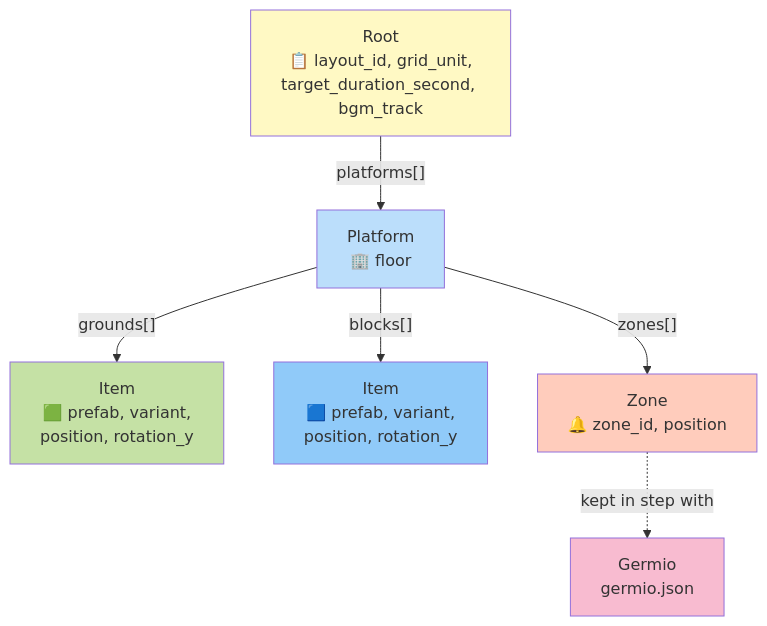
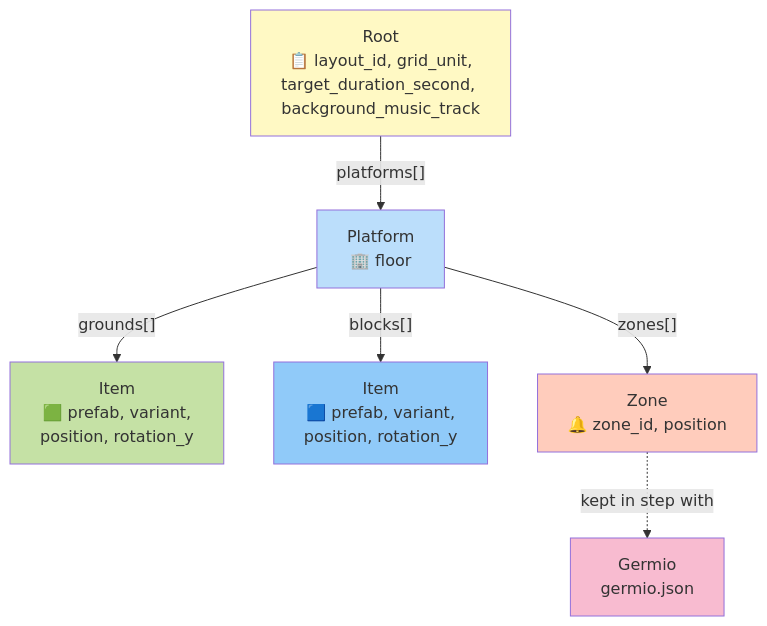
One commit to hiroxpepe/briko changed the seventh of 11 diagrams in README.md. Above: the diagram before and after it, drawn with Mermaid. The commit also changed other lines of this file and 5 other files, not shown here.

Commit message:
docs: Update background music key name and add test project

````diff
--- a/README.md
+++ b/README.md
@@ -286,17 +286,17 @@
 ```mermaid
 graph TB
-    Root[Root<br/>📋 layout_id, grid_unit,<br/>target_duration_second, bgm_track]
+    Root[Root<br/>📋 layout_id, grid_unit,<br/>target_duration_second, background_music_track]
     Root -->|"platforms[]"| P[Platform<br/>🏢 floor]
     P -->|"grounds[]"| I1[Item<br/>🟩 prefab, variant,<br/>position, rotation_y]
     P -->|"blocks[]"| I2[Item<br/>🟦 prefab, variant,<br/>position, rotation_y]
     P -->|"zones[]"| Z[Zone<br/>🔔 zone_id, position]
 
     Z -.kept in step with.-> Germio[Germio<br/>germio.json]
 
     style Root fill:#fff9c4
     style P fill:#bbdefb
     style I1 fill:#c5e1a5
     style I2 fill:#90caf9
     style Z fill:#ffccbc
     style Germio fill:#f8bbd0
 ```
````
